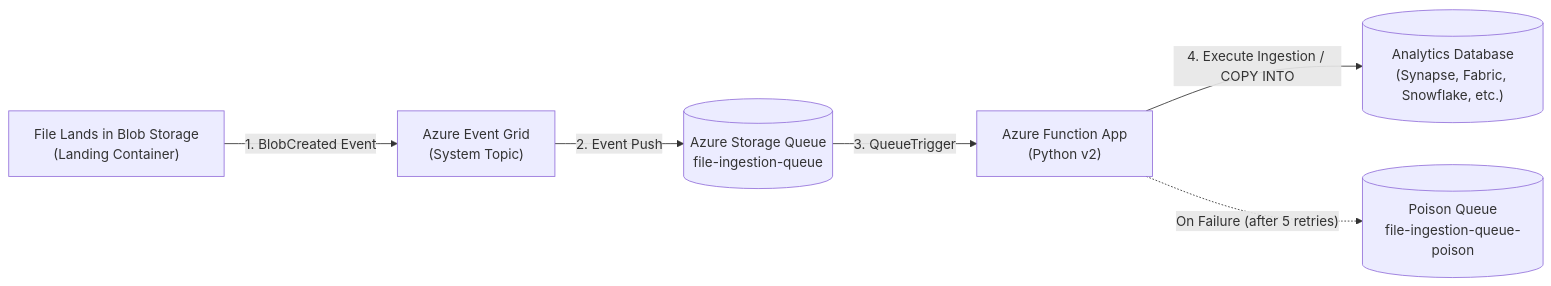
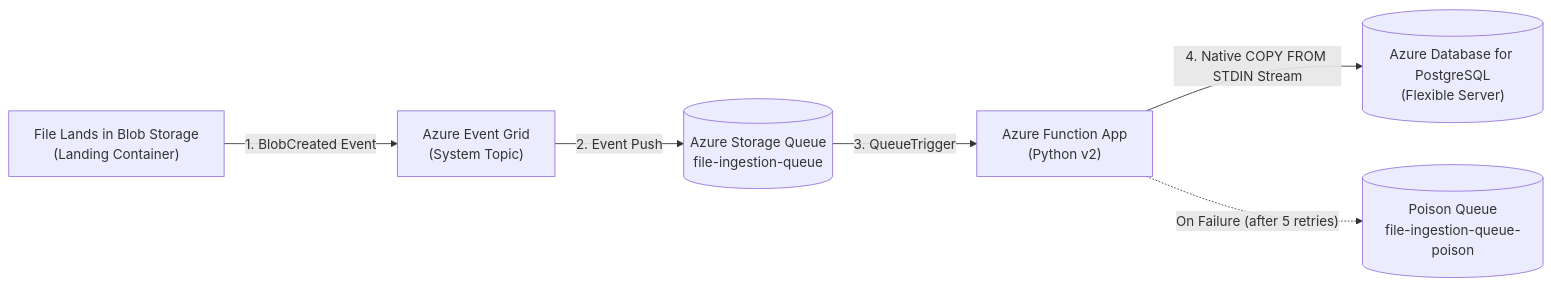
One commit to Tanusha1705/monitoring-setup-azure changed the first of 2 diagrams in README.md. Above: the diagram before and after it, drawn with Mermaid. The commit also changed other lines of this file and 9 other files, not shown here.

Commit message:
feat: customize pipeline for PostgreSQL analytics with streaming COPY, table schema, and private endpoints

````diff
--- a/README.md
+++ b/README.md
@@ -16,8 +34,8 @@
 ```mermaid
 flowchart LR
     A["File Lands in Blob Storage<br>(Landing Container)"] -->|"1. BlobCreated Event"| B["Azure Event Grid<br>(System Topic)"]
     B -->|"2. Event Push"| C[("Azure Storage Queue<br>file-ingestion-queue")]
     C -->|"3. QueueTrigger"| D["Azure Function App<br>(Python v2)"]
-    D -->|"4. Execute Ingestion / COPY INTO"| E[("Analytics Database<br>(Synapse, Fabric, Snowflake, etc.)")]
+    D -->|"4. Native COPY FROM STDIN Stream"| E[("Azure Database for PostgreSQL<br>(Flexible Server)")]
     D -.->|"On Failure (after 5 retries)"| F[("Poison Queue<br>file-ingestion-queue-poison")]
 ```
````
